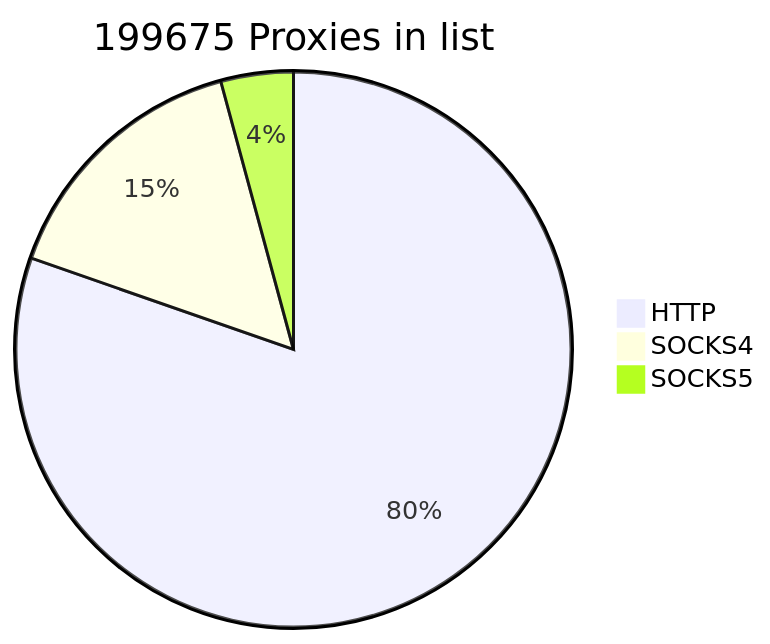
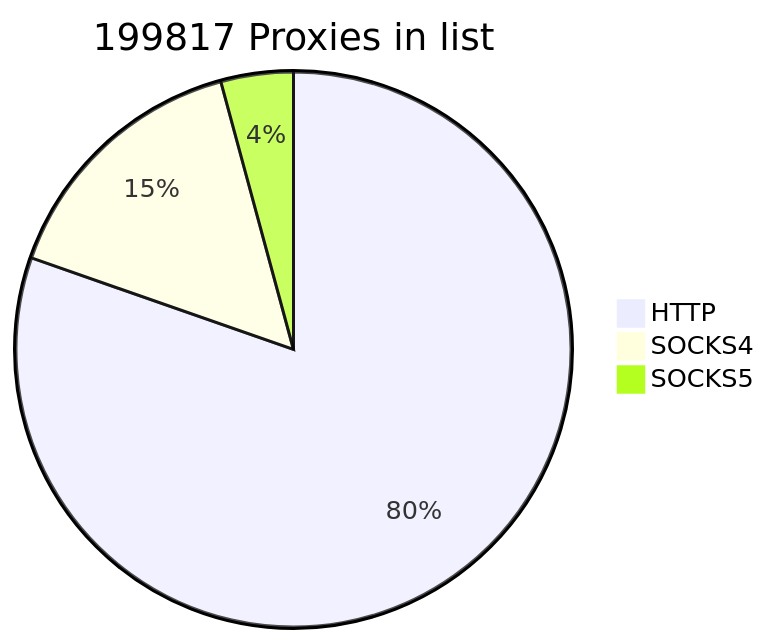
The first of 2 diagrams in README.md (cutipu/proxylist), drawn with Mermaid before and after one commit. The commit also changed other lines of this file, not shown here.

````diff
--- a/README.md
+++ b/README.md
@@ -2,7 +2,7 @@
 ```mermaid
-pie title 199675 Proxies in list
-    "HTTP" : 160417
-    "SOCKS4" : 30843
-    "SOCKS5" : 8415
+pie title 199817 Proxies in list
+    "HTTP" : 160560
+    "SOCKS4" : 30832
+    "SOCKS5" : 8425
             
 ```
````
